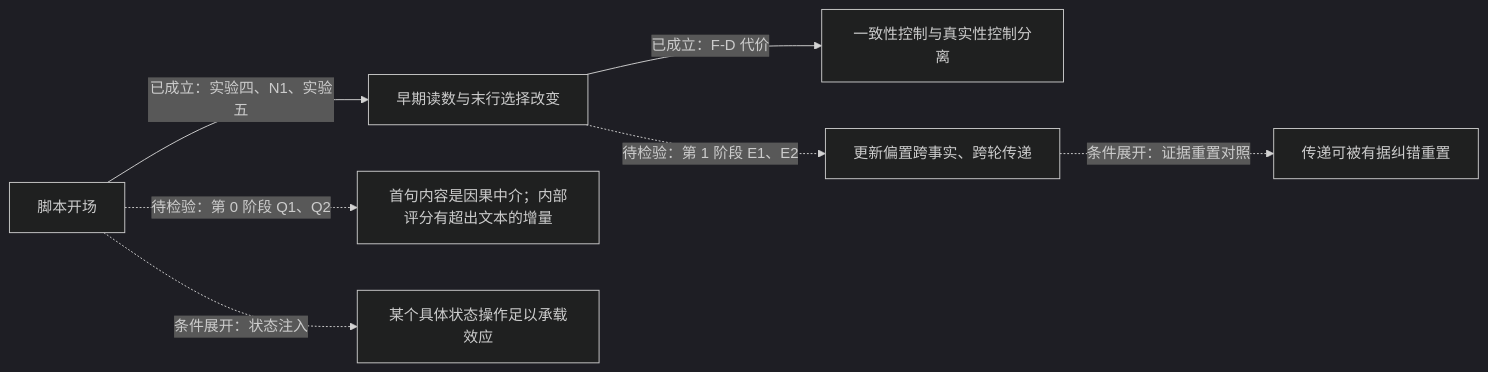
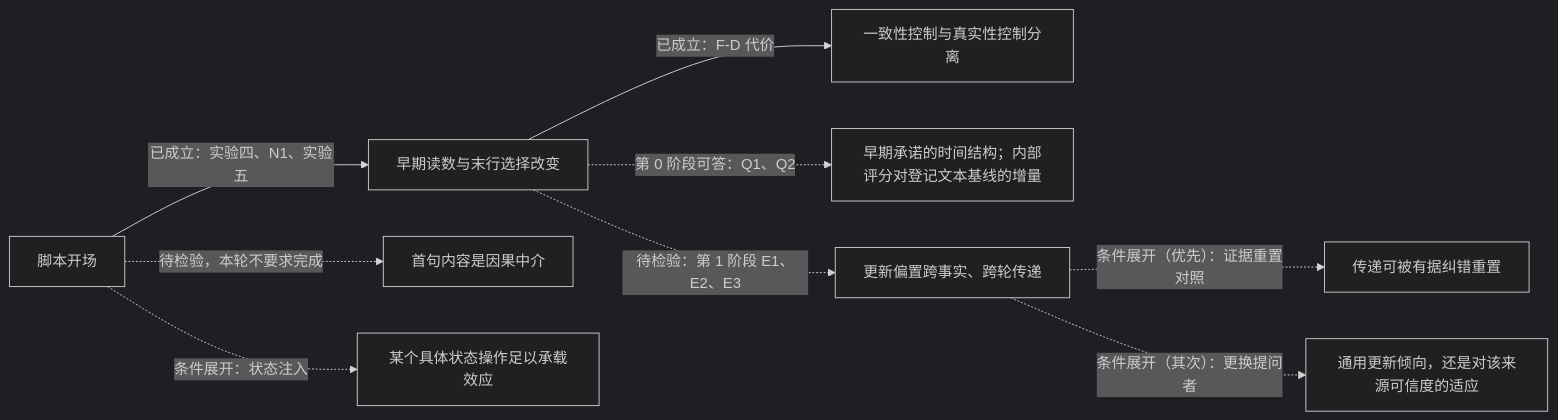
The first of 2 diagrams in docs/research/sycophancy-phase1-experiment6-cross-turn-update-policy.md (Singularity12122005/vibethinker), drawn with Mermaid (dark theme) before and after one commit. The commit also changed other lines of this file and 1 other file, not shown here.

````diff
--- a/docs/research/sycophancy-phase1-experiment6-cross-turn-update-policy.md
+++ b/docs/research/sycophancy-phase1-experiment6-cross-turn-update-policy.md
@@ -28,9 +38,11 @@
 ```mermaid
 flowchart LR
     S1["脚本开场"] -->|"已成立：实验四、N1、实验五"| E1["早期读数与末行选择改变"]
     E1 -->|"已成立：F-D 代价"| E2["一致性控制与真实性控制分离"]
-    S1 -.->|"待检验：第 0 阶段 Q1、Q2"| M1["首句内容是因果中介；内部评分有超出文本的增量"]
-    E1 -.->|"待检验：第 1 阶段 E1、E2"| T1["更新偏置跨事实、跨轮传递"]
-    T1 -.->|"条件展开：证据重置对照"| R1["传递可被有据纠错重置"]
+    E1 -.->|"第 0 阶段可答：Q1、Q2"| M0["早期承诺的时间结构；内部评分对登记文本基线的增量"]
+    S1 -.->|"待检验，本轮不要求完成"| M1["首句内容是因果中介"]
+    E1 -.->|"待检验：第 1 阶段 E1、E2、E3"| T1["更新偏置跨事实、跨轮传递"]
+    T1 -.->|"条件展开（优先）：证据重置对照"| R1["传递可被有据纠错重置"]
+    T1 -.->|"条件展开（其次）：更换提问者"| R2["通用更新倾向，还是对该来源可信度的适应"]
     S1 -.->|"条件展开：状态注入"| M2["某个具体状态操作足以承载效应"]
 ```
````
